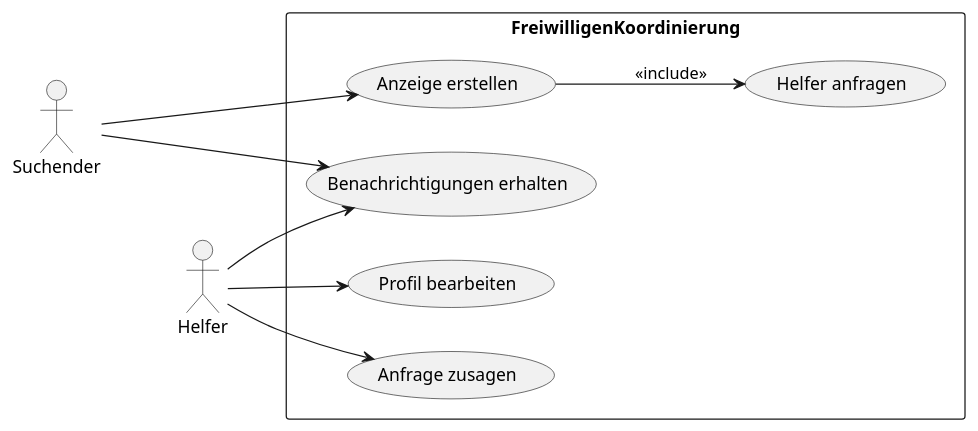
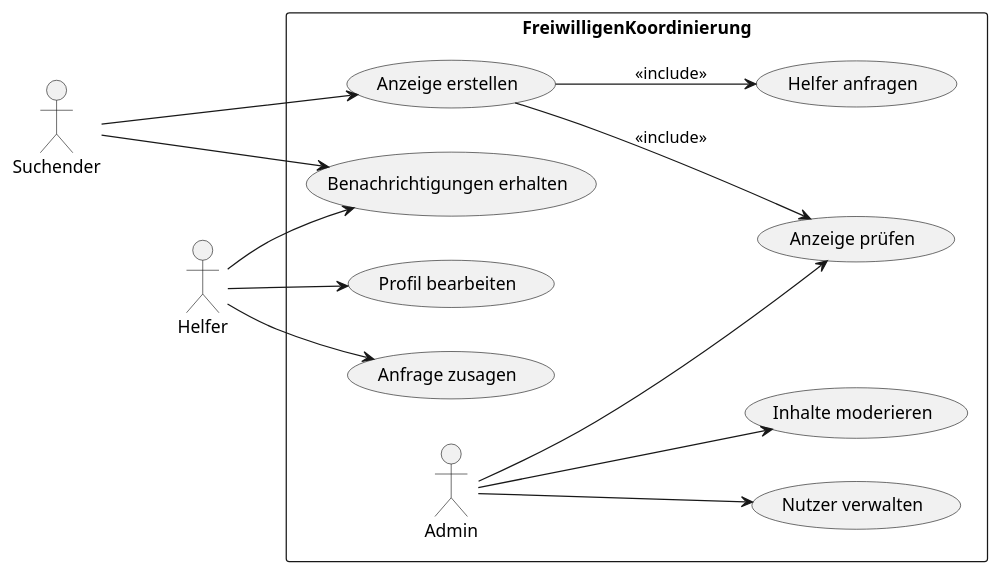
Before and after one commit to pxrzivaldev/TeamProjektUML: the diagram in usecase1.puml, drawn with PlantUML.

```diff
--- a/usecase1.puml
+++ b/usecase1.puml
@@ -1,18 +1,24 @@
 @startuml
 :Suchender:
 :Helfer:
 
 left to right direction
 
 rectangle FreiwilligenKoordinierung {
     Suchender ---> (Anzeige erstellen)
     Suchender ---> (Benachrichtigungen erhalten)
     Helfer --> (Benachrichtigungen erhalten)
     Helfer --> (Profil bearbeiten)
     Helfer --> (Anfrage zusagen)
     (Anzeige erstellen) --> (Helfer anfragen):<<include>>
+
+    Admin --> (Anzeige prüfen)
+    Admin --> (Nutzer verwalten)
+    Admin --> (Inhalte moderieren)
+
+    (Anzeige erstellen) --> (Anzeige prüfen) : <<include>>
 }
 
 
 
 @enduml
```
